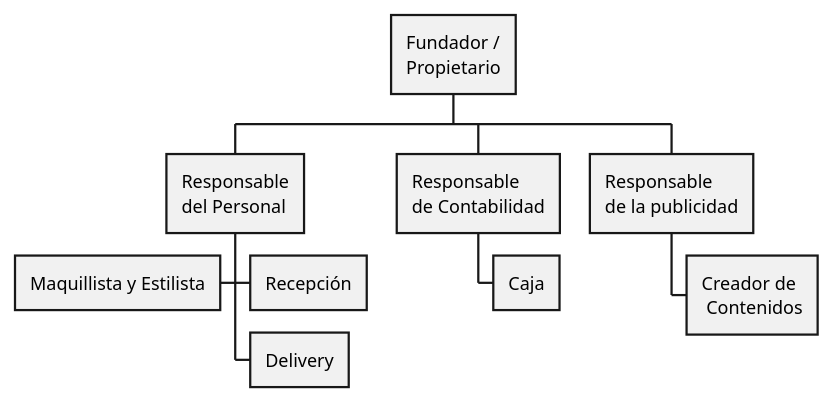
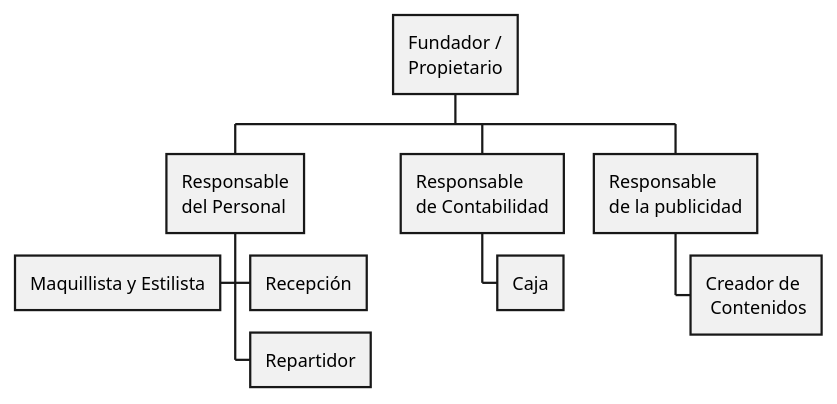
The diagram in organization-chart.puml (Kenny-Tinoco/galy-studio-web-system.doc), drawn with PlantUML before and after one commit. The commit also changed 1 other file, not shown here.

Commit message:
Feat: Refactor organization-chart.puml file
Refs: #1

```diff
--- a/organization-chart.puml
+++ b/organization-chart.puml
@@ -1,14 +1,14 @@
 @startwbs
 skinparam BackgroundColor transparent
 
 * Fundador /\nPropietario
 ** Responsable\ndel Personal
 *** Recepción
 ***< Maquillista y Estilista
-*** Delivery
+*** Repartidor
 ** Responsable\nde Contabilidad
 *** Caja
 ** Responsable\nde la publicidad
 *** Creador de\n Contenidos
 
 @endwb
```
